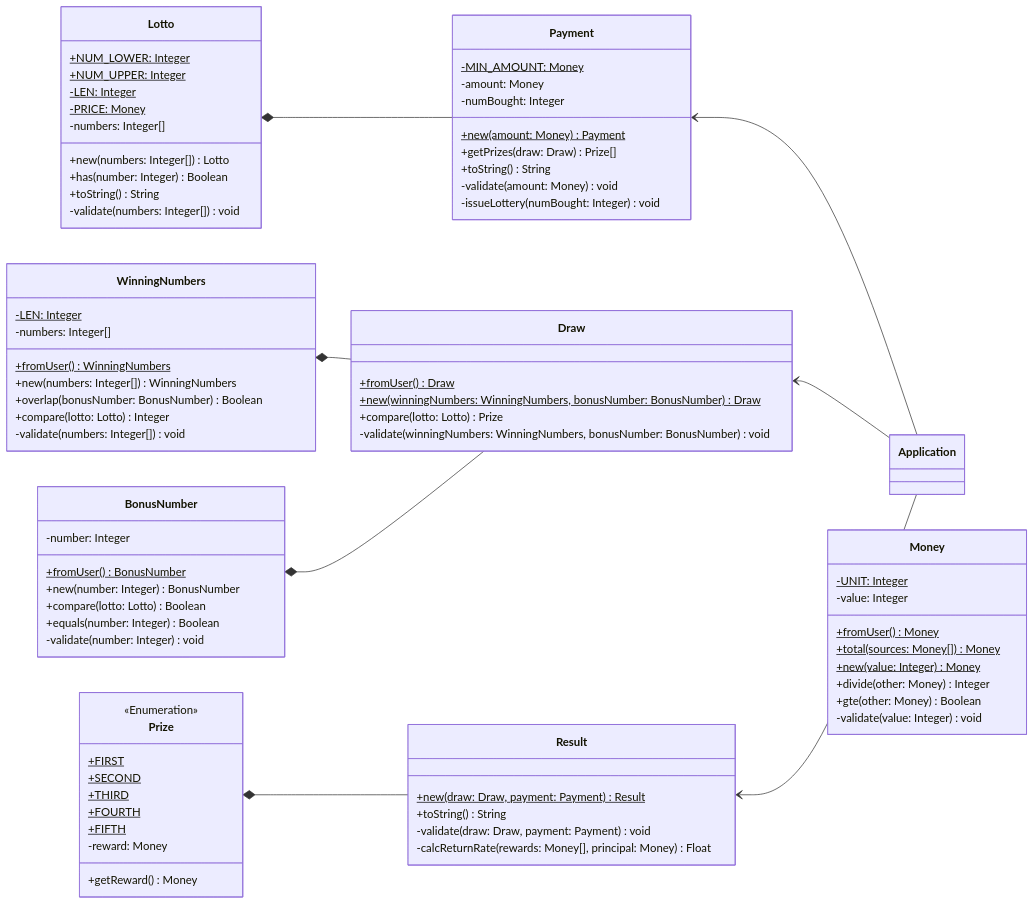
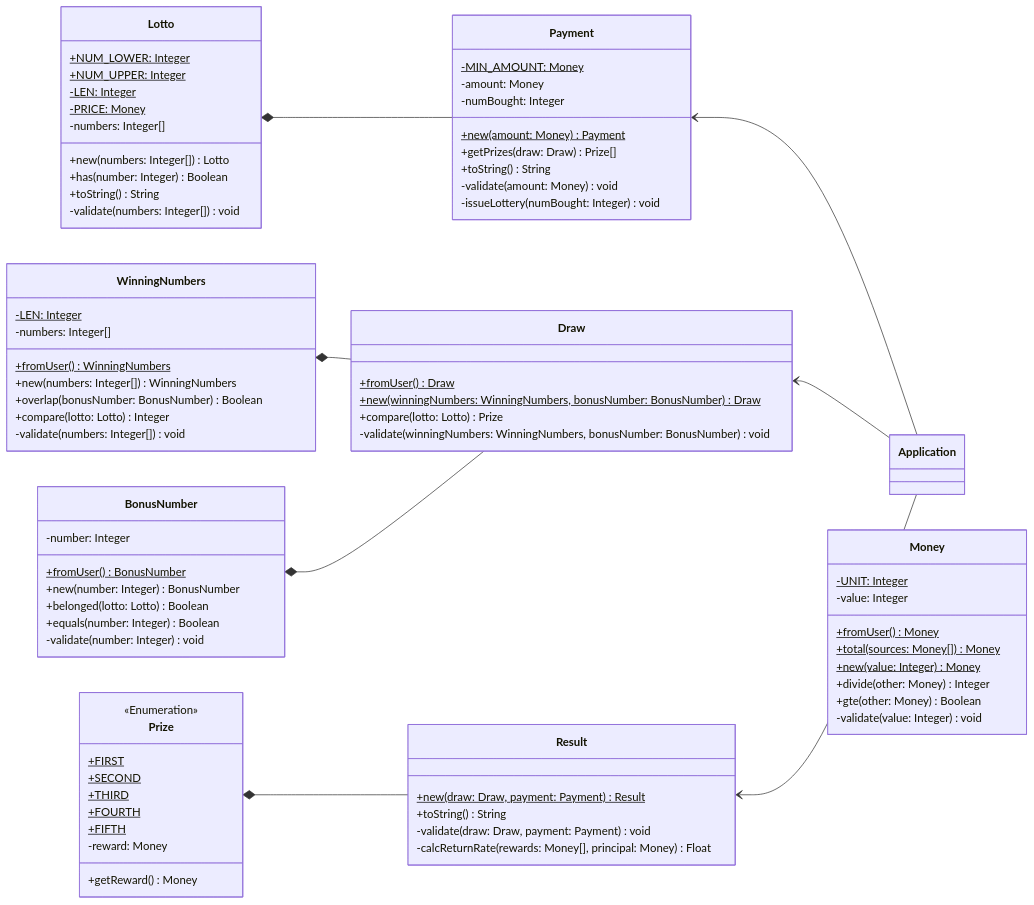
Before and after one commit to gdsc-konkuk/23-24_study_2nd_java-lotto-6: the sixth of 6 diagrams in docs/README.md, drawn with Mermaid. The commit also changed other lines of this file and 2 other files, not shown here.

Commit message:
feat: BonusNumber

```diff
--- a/docs/README.md
+++ b/docs/README.md
@@ -375,7 +375,7 @@
         -number: Integer
         +fromUser() BonusNumber$
         +new(number: Integer) BonusNumber
-        +compare(lotto: Lotto) Boolean
+        +belonged(lotto: Lotto) Boolean
         +equals(number: Integer) Boolean
         -validate(number: Integer) void
     }
```
